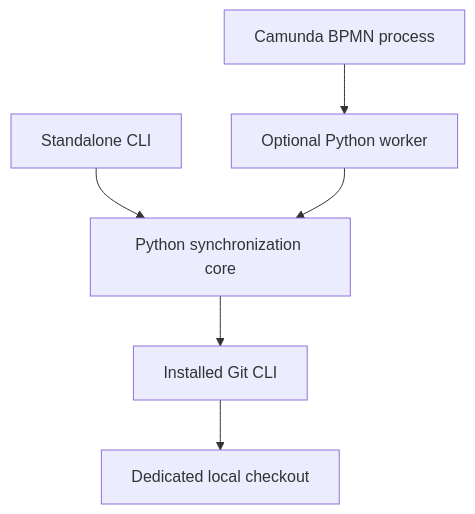
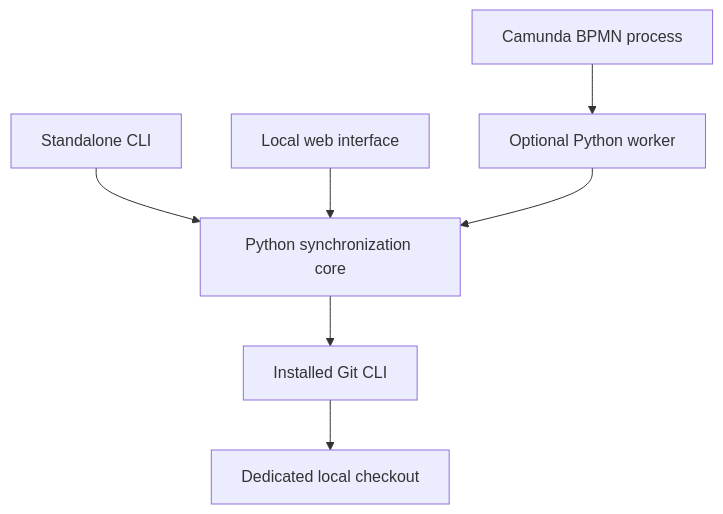
Before and after one commit to johngrimmreaper/git-upstream-synchronizer: the diagram in README.md, drawn with Mermaid. The commit also changed other lines of this file and 11 other files, not shown here.

Commit message:
Add a local web interface for upstream comparison and safe synchronization

````diff
--- a/README.md
+++ b/README.md
@@ -13,8 +13,9 @@
 ```mermaid
 flowchart TD
     BPMN["Camunda BPMN process"] --> Worker["Optional Python worker"]
     CLI["Standalone CLI"] --> Core["Python synchronization core"]
+    Web["Local web interface"] --> Core
     Worker --> Core
     Core --> Git["Installed Git CLI"]
     Git --> Checkout["Dedicated local checkout"]
 ```
````
